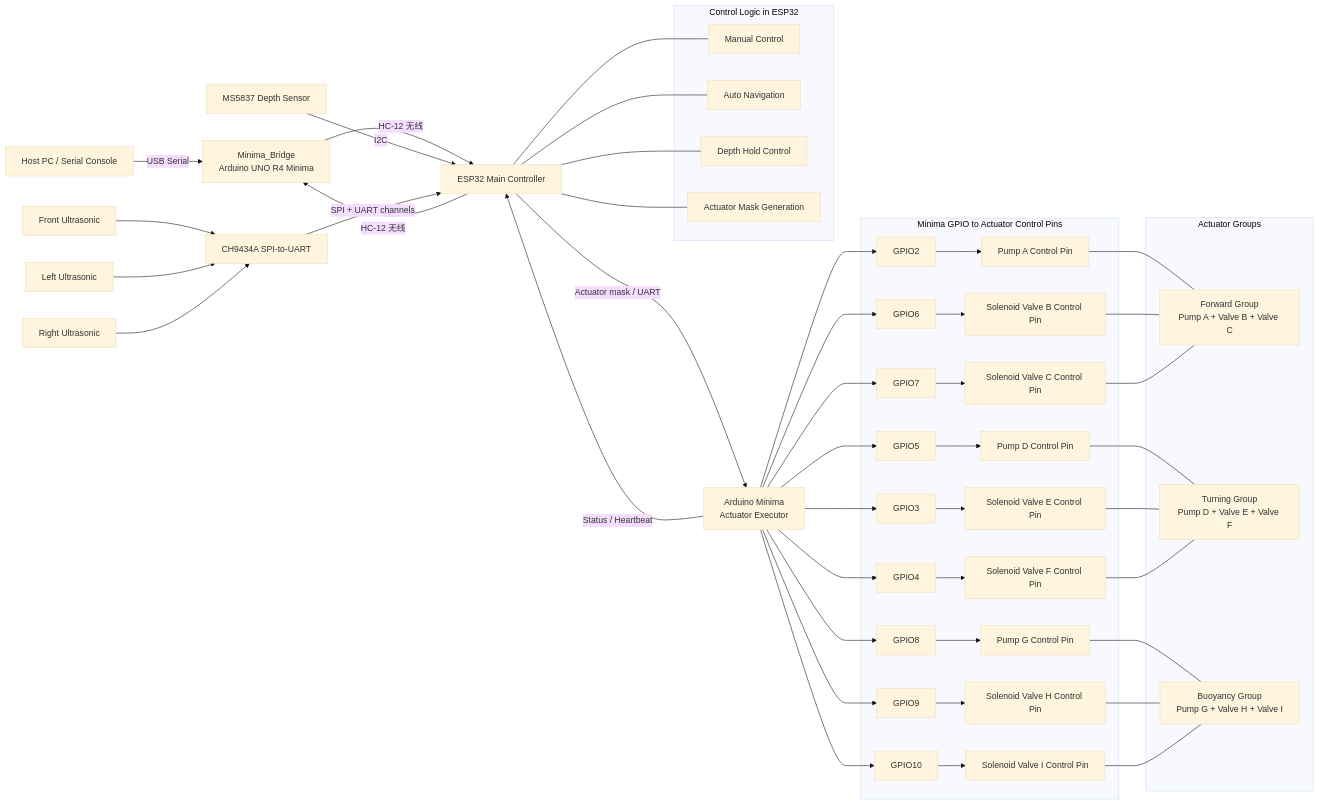
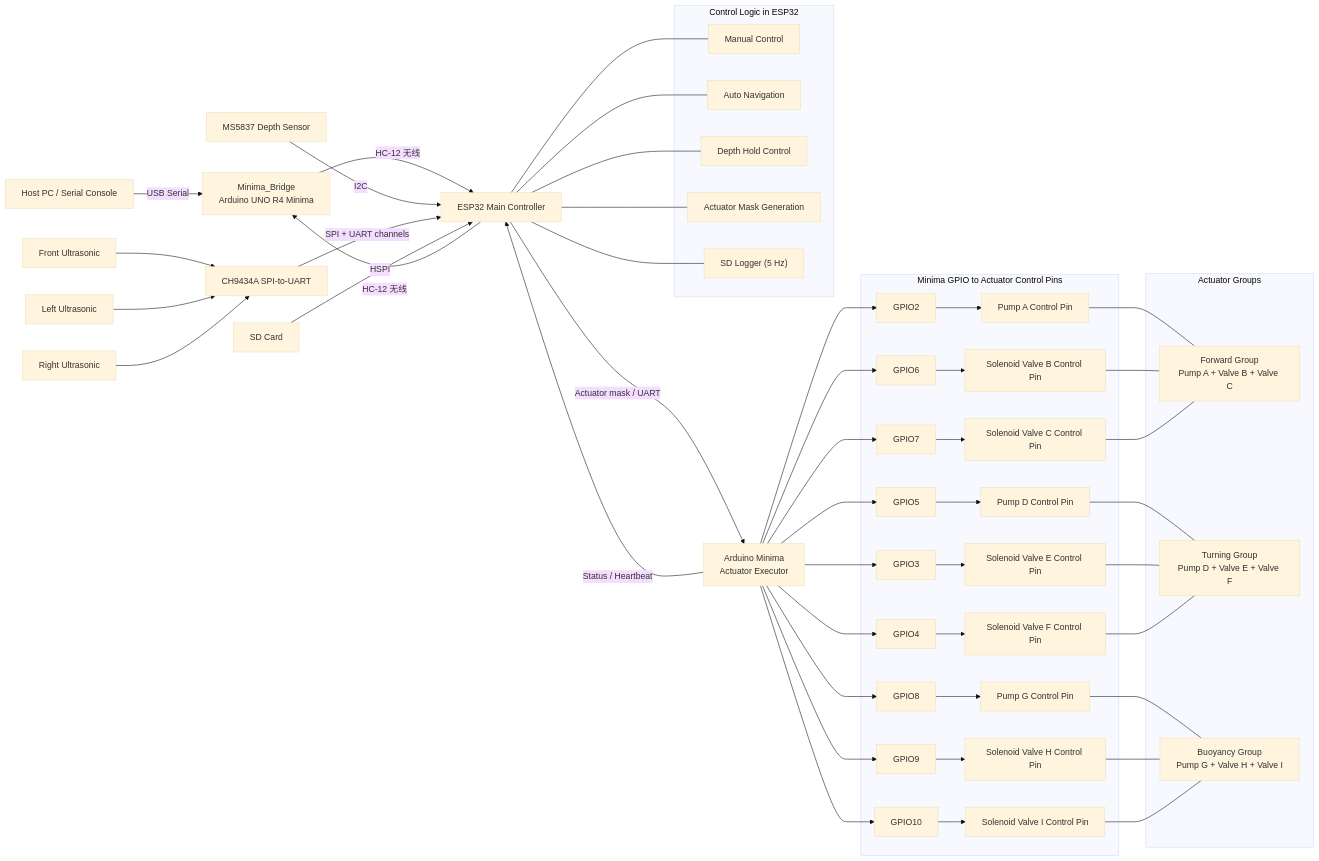
The diagram in README.md (ZhuohengLee/Squid-Robot), drawn with Mermaid (base theme) before and after one commit. The commit also changed other lines of this file and 25 other files, not shown here.

````diff
--- a/README.md
+++ b/README.md
@@ -35,69 +46,73 @@
 ```mermaid
 flowchart LR
   PC["Host PC / Serial Console"] -->|USB Serial| BRG["Minima_Bridge\nArduino UNO R4 Minima"]
   BRG -->|HC-12 无线| ESP["ESP32 Main Controller"]
   ESP -->|HC-12 无线| BRG
 
   Depth["MS5837 Depth Sensor"] -->|I2C| ESP
   USF["Front Ultrasonic"] --> CH["CH9434A SPI-to-UART"]
   USL["Left Ultrasonic"] --> CH
   USR["Right Ultrasonic"] --> CH
   CH -->|SPI + UART channels| ESP
 
+  SD["SD Card"] -->|HSPI| ESP
+
   ESP -->|Actuator mask / UART| MIN["Arduino Minima\nActuator Executor"]
   MIN -->|Status / Heartbeat| ESP
 
   subgraph Logic["Control Logic in ESP32"]
     ESP1["Manual Control"]
     ESP2["Auto Navigation"]
     ESP3["Depth Hold Control"]
     ESP4["Actuator Mask Generation"]
+    ESP5["SD Logger (5 Hz)"]
   end
 
   ESP --- ESP1
   ESP --- ESP2
   ESP --- ESP3
   ESP --- ESP4
+  ESP --- ESP5
 
   subgraph MinimaPins["Minima GPIO to Actuator Control Pins"]
     M2["GPIO2"] --> PA["Pump A Control Pin"]
     M6["GPIO6"] --> VB["Solenoid Valve B Control Pin"]
     M7["GPIO7"] --> VC["Solenoid Valve C Control Pin"]
 
     M5["GPIO5"] --> PD["Pump D Control Pin"]
     M3["GPIO3"] --> VE["Solenoid Valve E Control Pin"]
     M4["GPIO4"] --> VF["Solenoid Valve F Control Pin"]
 
     M8["GPIO8"] --> PG["Pump G Control Pin"]
     M9["GPIO9"] --> VH["Solenoid Valve H Control Pin"]
     M10["GPIO10"] --> VI["Solenoid Valve I Control Pin"]
   end
 
   MIN --> M2
   MIN --> M6
   MIN --> M7
   MIN --> M5
   MIN --> M3
   MIN --> M4
   MIN --> M8
   MIN --> M9
   MIN --> M10
 
   subgraph Actuators["Actuator Groups"]
     FWD["Forward Group\nPump A + Valve B + Valve C"]
     TURN["Turning Group\nPump D + Valve E + Valve F"]
     BUOY["Buoyancy Group\nPump G + Valve H + Valve I"]
   end
 
   PA --- FWD
   VB --- FWD
   VC --- FWD
 
   PD --- TURN
   VE --- TURN
   VF --- TURN
 
   PG --- BUOY
   VH --- BUOY
   VI --- BUOY
 ```
````
